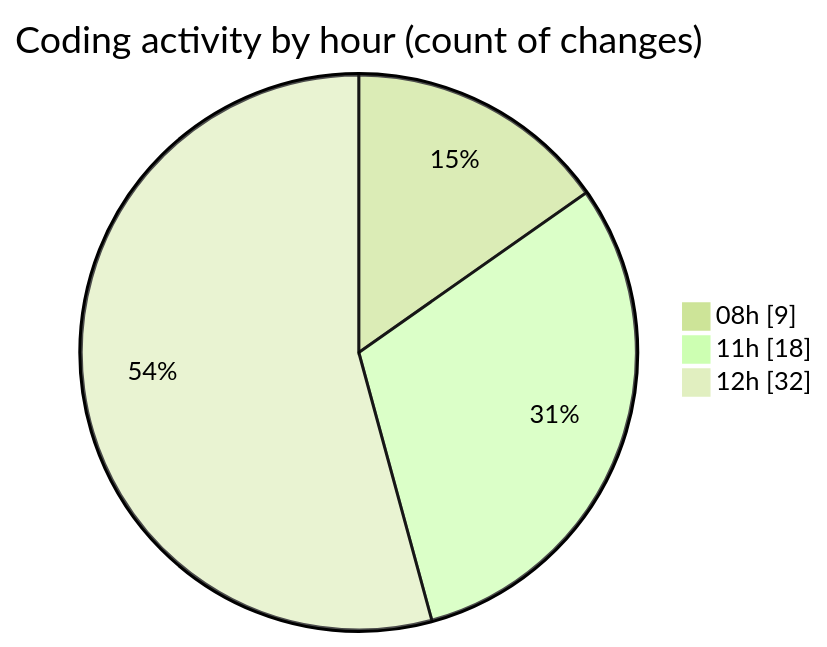
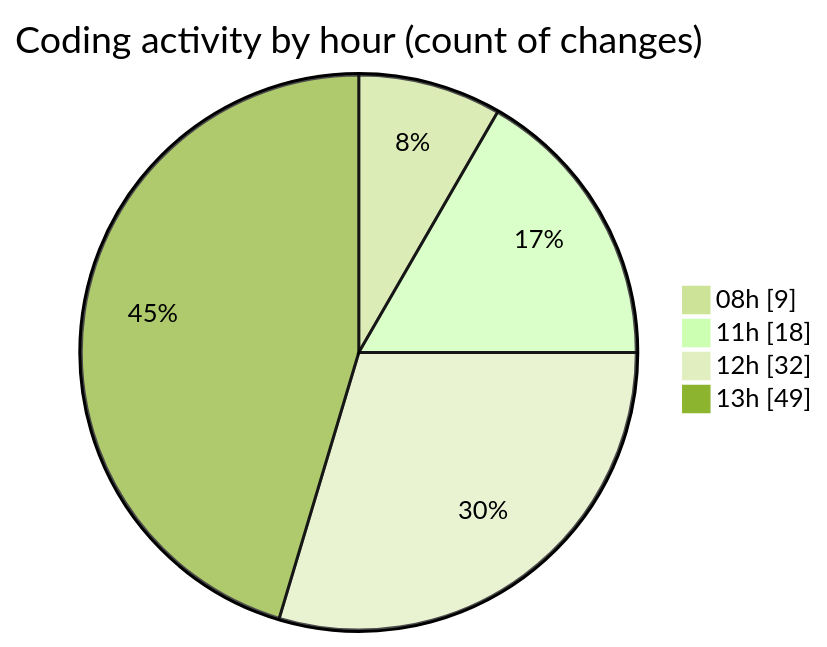
One commit to momahboobian/code-tracking changed the second of 2 diagrams in 2026-04-17/cda/README.md. Above: the diagram before and after it, drawn with Mermaid (forest theme). The commit also changed other lines of this file and 1 other file, not shown here.

````diff
--- a/2026-04-17/cda/README.md
+++ b/2026-04-17/cda/README.md
@@ -52,7 +59,8 @@
 ```mermaid
 pie showData
 title Coding activity by hour (count of changes)
 "08h" : 9
 "11h" : 18
 "12h" : 32
+"13h" : 49
 ```
````
